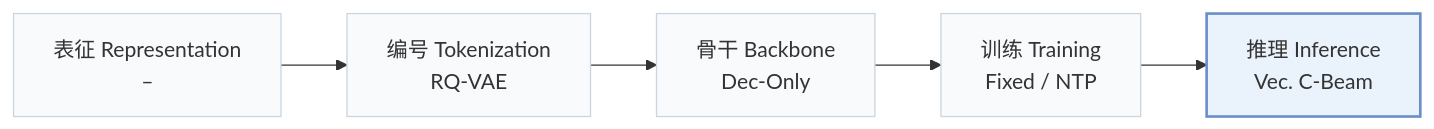
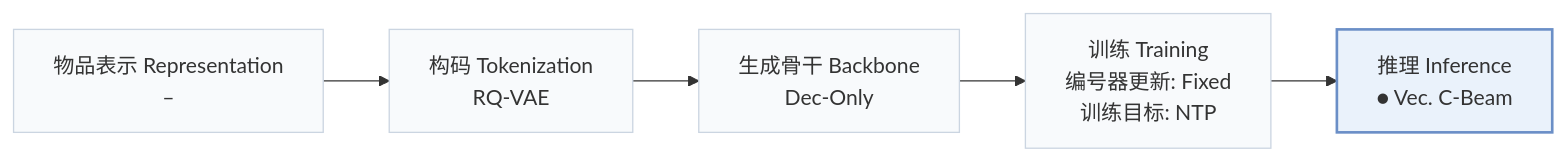
The first of 2 diagrams in pages/zh/papers/static.md (Galaxy-ghost/Awesome-SID-Generative-Rec), drawn with Mermaid before and after one commit. The commit also changed other lines of this file and 558 other files, not shown here.

````diff
--- a/pages/zh/papers/static.md
+++ b/pages/zh/papers/static.md
@@ -15,8 +19,8 @@
 ```mermaid
 flowchart LR
-    R["表征 Representation<br/>–"] --> T["编号 Tokenization<br/>RQ-VAE"] --> B["骨干 Backbone<br/>Dec-Only"] --> TR["训练 Training<br/>Fixed / NTP"] --> I["推理 Inference<br/>Vec. C-Beam"]
+    R["物品表示 Representation<br/>–"] --> T["构码 Tokenization<br/>RQ-VAE"] --> B["生成骨干 Backbone<br/>Dec-Only"] --> TR["训练 Training<br/>编号器更新: Fixed<br/>训练目标: NTP"] --> I["推理 Inference<br/>● Vec. C-Beam"]
     classDef base fill:#f8fafc,stroke:#cbd5e1
     class R,T,B,TR,I base
     classDef main fill:#eaf2fb,stroke:#6b8fc7,stroke-width:2px
     class I main
 ```
````
